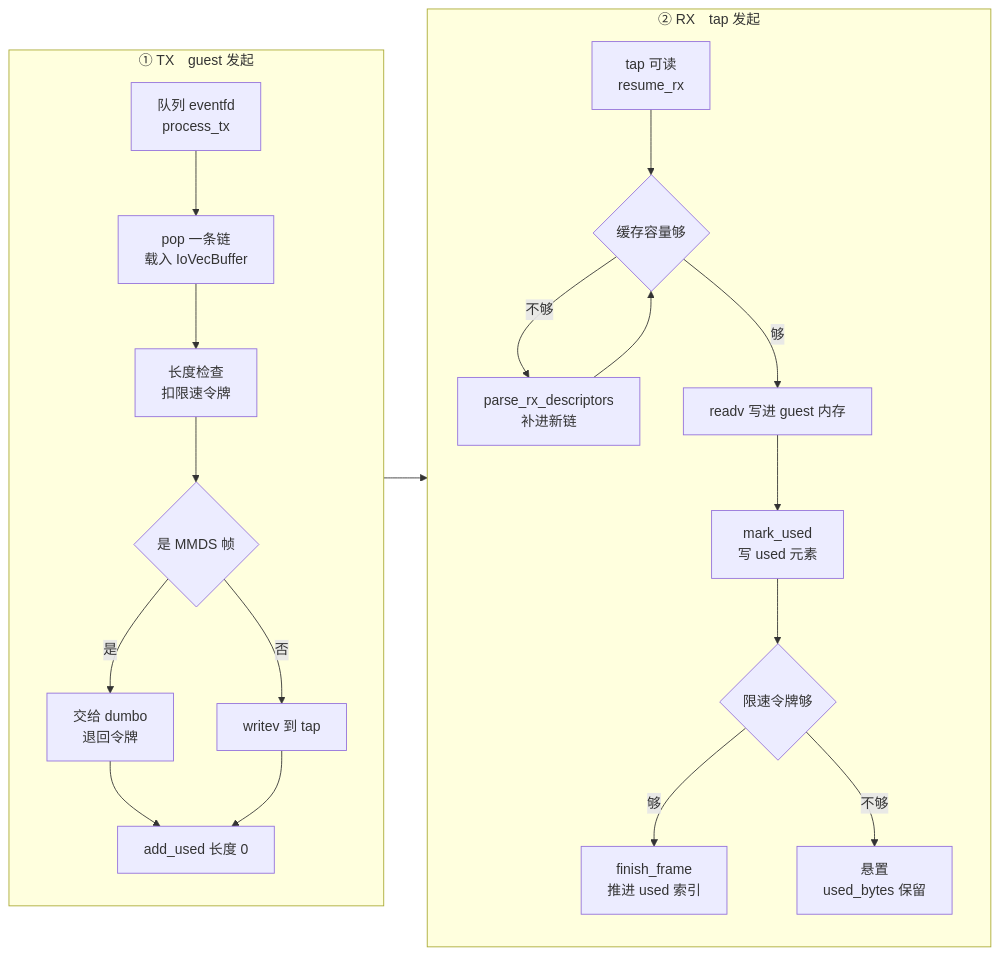
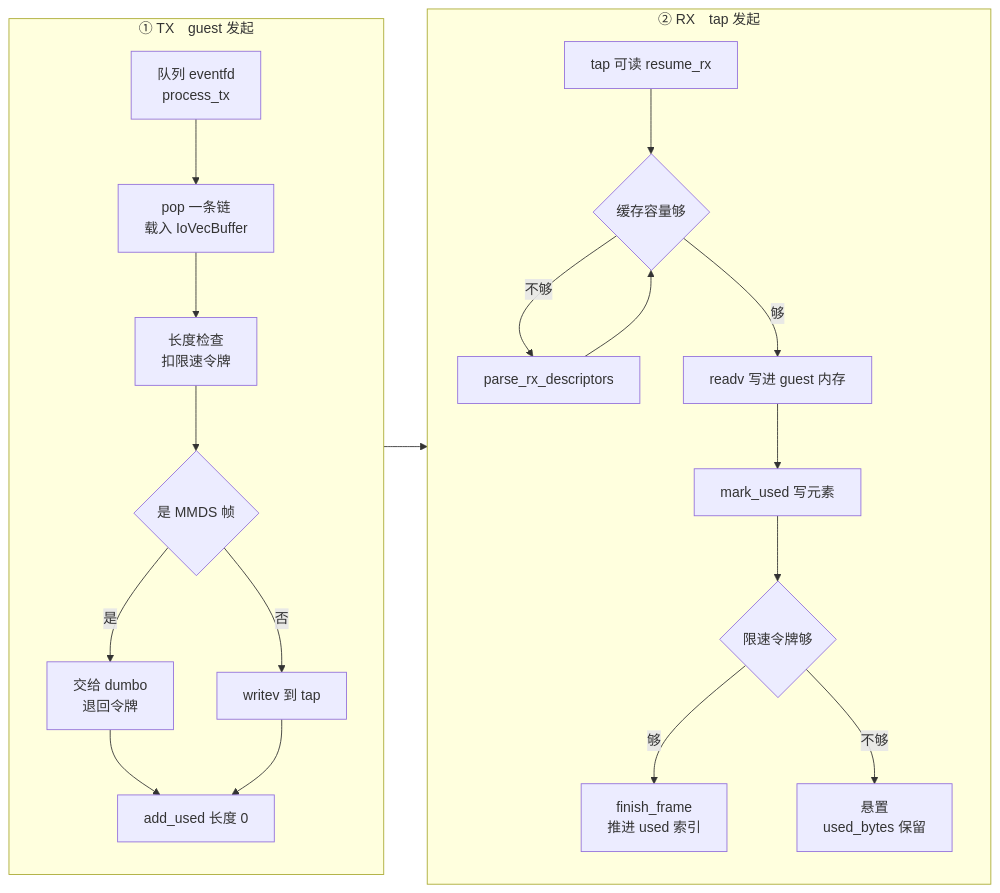
Before and after one commit to AustinJiangg/ai-books: the diagram in firecracker/30-virtio-net.md, drawn with Mermaid. The commit also changed other lines of this file and 35 other files, not shown here.

````diff
--- a/firecracker/30-virtio-net.md
+++ b/firecracker/30-virtio-net.md
@@ -62,25 +62,25 @@
 ```mermaid
 flowchart LR
     subgraph TXC["① TX　guest 发起"]
         direction TB
         T1["队列 eventfd<br/>process_tx"] --> T2["pop 一条链<br/>载入 IoVecBuffer"]
         T2 --> T3["长度检查<br/>扣限速令牌"]
         T3 --> T4{"是 MMDS 帧"}
         T4 -->|"是"| T5["交给 dumbo<br/>退回令牌"]
         T4 -->|"否"| T6["writev 到 tap"]
         T5 --> T7["add_used 长度 0"]
         T6 --> T7
     end
     subgraph RXC["② RX　tap 发起"]
         direction TB
-        R1["tap 可读<br/>resume_rx"] --> R2{"缓存容量够"}
-        R2 -->|"不够"| R3["parse_rx_descriptors<br/>补进新链"]
+        R1["tap 可读 resume_rx"] --> R2{"缓存容量够"}
+        R2 -->|"不够"| R3["parse_rx_descriptors"]
         R3 --> R2
         R2 -->|"够"| R4["readv 写进 guest 内存"]
-        R4 --> R5["mark_used<br/>写 used 元素"]
+        R4 --> R5["mark_used 写元素"]
         R5 --> R6{"限速令牌够"}
         R6 -->|"够"| R7["finish_frame<br/>推进 used 索引"]
         R6 -->|"不够"| R8["悬置<br/>used_bytes 保留"]
     end
     TXC --> RXC
 ```
````
